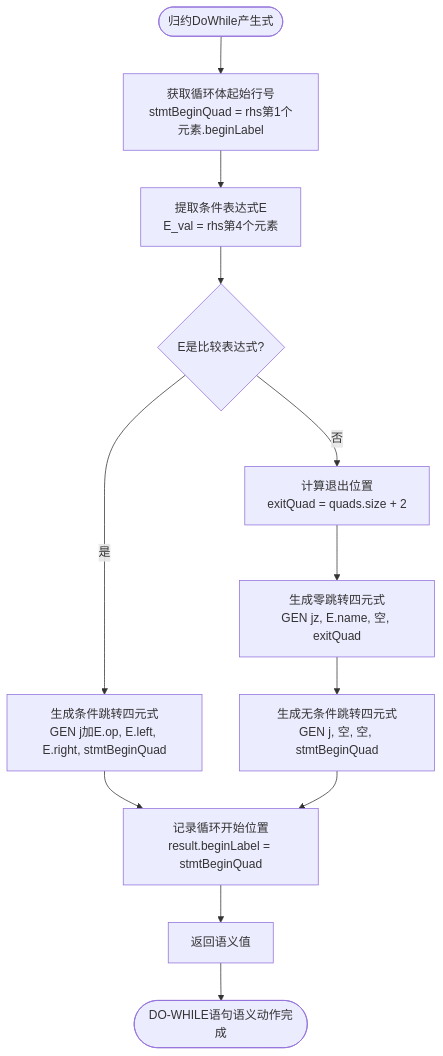
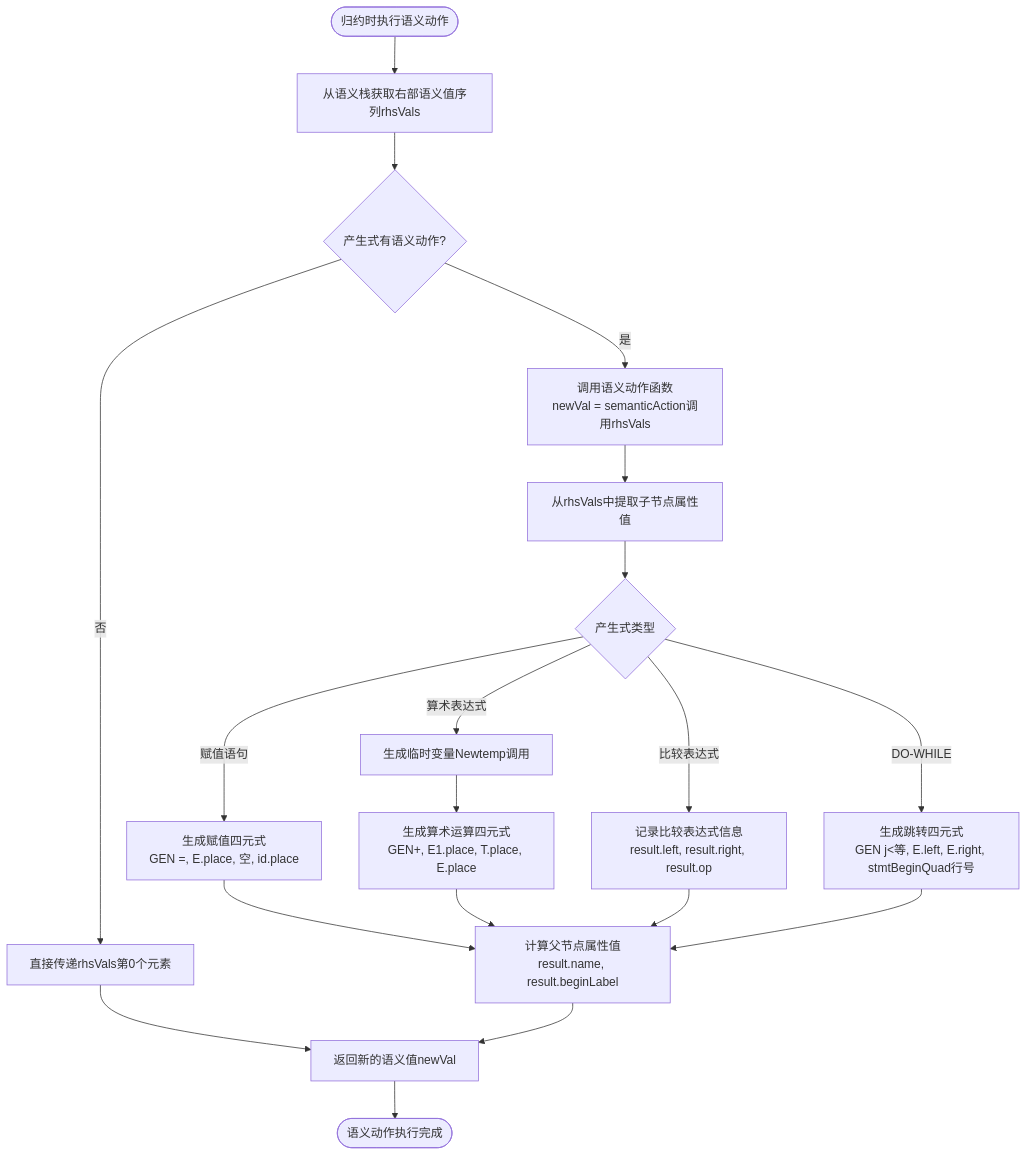
One commit to zhengky-paper-account/-CF-OF- changed the third of 3 diagrams in README.md. Above: the diagram before and after it, drawn with Mermaid. The commit also changed other lines of this file, not shown here.

````diff
--- a/README.md
+++ b/README.md
@@ -113,14 +87,21 @@
 ```mermaid
 flowchart TD
-    开始([归约DoWhile产生式]) --> 获取循环起始[获取循环体起始行号<br/>stmtBeginQuad = rhs第1个元素.beginLabel]
-    获取循环起始 --> 提取条件表达式[提取条件表达式E<br/>E_val = rhs第4个元素]
-    提取条件表达式 --> 判断表达式类型{E是比较表达式?}
-    判断表达式类型 -->|是| 生成条件跳转[生成条件跳转四元式<br/>GEN j加E.op, E.left, E.right, stmtBeginQuad]
-    判断表达式类型 -->|否| 计算退出位置[计算退出位置<br/>exitQuad = quads.size + 2]
-    计算退出位置 --> 生成零跳转[生成零跳转四元式<br/>GEN jz, E.name, 空, exitQuad]
-    生成零跳转 --> 生成无条件跳转[生成无条件跳转四元式<br/>GEN j, 空, 空, stmtBeginQuad]
-    生成条件跳转 --> 记录开始位置[记录循环开始位置<br/>result.beginLabel = stmtBeginQuad]
-    生成无条件跳转 --> 记录开始位置
-    记录开始位置 --> 返回结果[返回语义值]
-    返回结果 --> 结束([DO-WHILE语句语义动作完成])
+    开始([归约时执行语义动作]) --> 获取右部语义值[从语义栈获取右部语义值序列rhsVals]
+    获取右部语义值 --> 检查语义动作{产生式有语义动作?}
+    检查语义动作 -->|否| 直接传递[直接传递rhsVals第0个元素]
+    检查语义动作 -->|是| 调用语义函数[调用语义动作函数<br/>newVal = semanticAction调用rhsVals]
+    调用语义函数 --> 提取属性值[从rhsVals中提取子节点属性值]
+    提取属性值 --> 判断产生式类型{产生式类型}
+    判断产生式类型 -->|赋值语句| 生成赋值四元式[生成赋值四元式<br/>GEN =, E.place, 空, id.place]
+    判断产生式类型 -->|算术表达式| 生成临时变量[生成临时变量Newtemp调用]
+    生成临时变量 --> 生成算术四元式[生成算术运算四元式<br/>GEN+, E1.place, T.place, E.place]
+    判断产生式类型 -->|比较表达式| 记录比较信息[记录比较表达式信息<br/>result.left, result.right, result.op]
+    判断产生式类型 -->|DO-WHILE| 生成跳转四元式[生成跳转四元式<br/>GEN j<等, E.left, E.right, stmtBeginQuad行号]
+    生成赋值四元式 --> 计算父节点属性值[计算父节点属性值<br/>result.name, result.beginLabel]
+    生成算术四元式 --> 计算父节点属性值
+    记录比较信息 --> 计算父节点属性值
+    生成跳转四元式 --> 计算父节点属性值
+    直接传递 --> 返回新属性值[返回新的语义值newVal]
+    计算父节点属性值 --> 返回新属性值
+    返回新属性值 --> 结束([语义动作执行完成])
 ```
````
